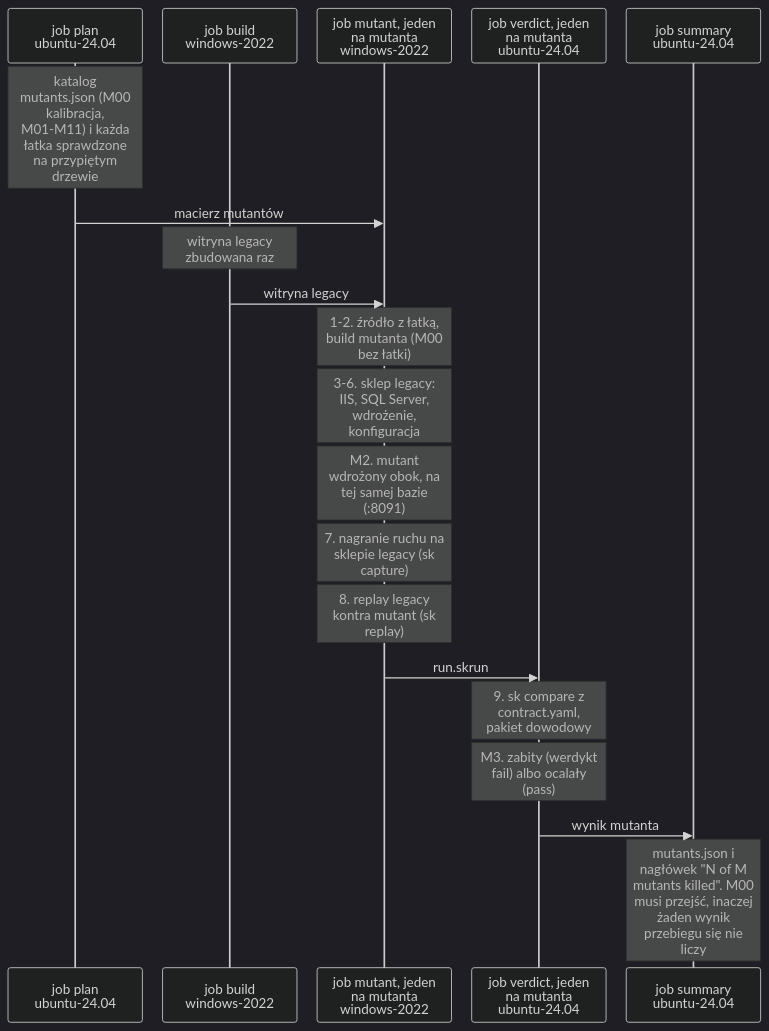
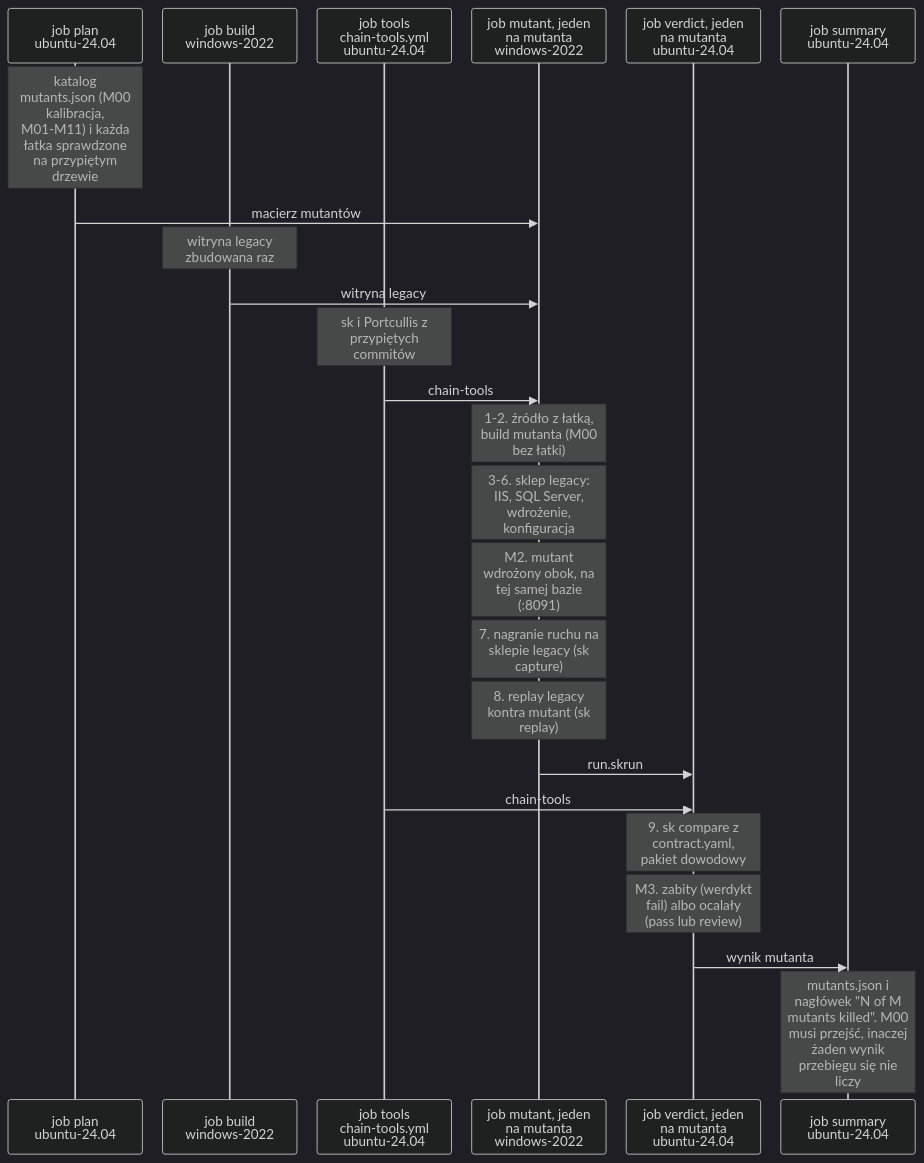
The diagram in docs/diagrams/a11-przebieg-mutantow.mmd (konradcinkusz/letsgolegacy.secondkey), drawn with Mermaid (dark theme) before and after one commit. The commit also changed 2 other files, not shown here.

First paragraph of the commit message:
Docs audit 7: bench chapter (11) and diagrams a7, a11 checked against the bench at 98d88d8
Fixes, each against the repositories at the pinned commits, the GitHub API or the job
logs of the CI runs:

```diff
--- a/docs/diagrams/a11-przebieg-mutantow.mmd
+++ b/docs/diagrams/a11-przebieg-mutantow.mmd
@@ -1,21 +1,25 @@
 %%{init: {"sequence": {"wrap": true, "width": 160, "actorMargin": 24, "noteMargin": 6, "messageMargin": 22, "boxMargin": 4}}}%%
 sequenceDiagram
   participant P as job plan<br/>ubuntu-24.04
   participant B as job build<br/>windows-2022
+  participant T as job tools<br/>chain-tools.yml<br/>ubuntu-24.04
   participant M as job mutant, jeden<br/>na mutanta<br/>windows-2022
   participant V as job verdict, jeden<br/>na mutanta<br/>ubuntu-24.04
   participant S as job summary<br/>ubuntu-24.04
   Note over P: katalog mutants.json (M00 kalibracja, M01-M11) i każda łatka sprawdzone na przypiętym drzewie
   P->>M: macierz mutantów
   Note over B: witryna legacy zbudowana raz
   B->>M: witryna legacy
+  Note over T: sk i Portcullis z przypiętych commitów
+  T->>M: chain-tools
   Note over M: 1-2. źródło z łatką, build mutanta (M00 bez łatki)
   Note over M: 3-6. sklep legacy: IIS, SQL Server, wdrożenie, konfiguracja
   Note over M: M2. mutant wdrożony obok, na tej samej bazie (:8091)
   Note over M: 7. nagranie ruchu na sklepie legacy (sk capture)
   Note over M: 8. replay legacy kontra mutant (sk replay)
   M->>V: run.skrun
+  T->>V: chain-tools
   Note over V: 9. sk compare z contract.yaml, pakiet dowodowy
-  Note over V: M3. zabity (werdykt fail) albo ocalały (pass)
+  Note over V: M3. zabity (werdykt fail) albo ocalały (pass lub review)
   V->>S: wynik mutanta
   Note over S: mutants.json i nagłówek "N of M mutants killed". M00 musi przejść, inaczej żaden wynik przebiegu się nie liczy
```
